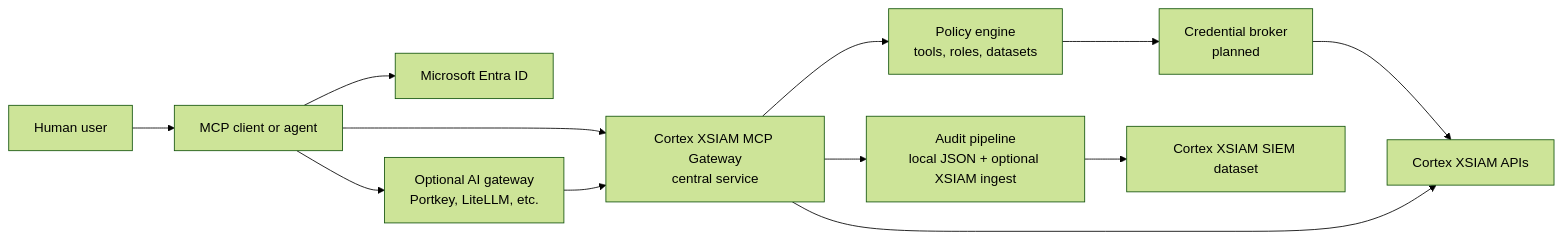
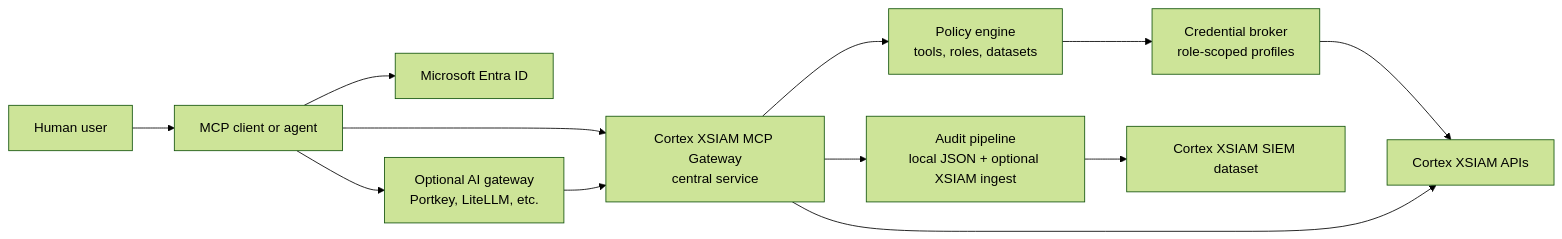
One commit to ciaran-finnegan/cortex-xsiam-mcp-gateway changed the first of 2 diagrams in README.md. Above: the diagram before and after it, drawn with Mermaid (forest theme). The commit also changed other lines of this file and 32 other files, not shown here.

````diff
--- a/README.md
+++ b/README.md
@@ -68,25 +72,25 @@
 ```mermaid
 flowchart LR
   User["Human user"]
   Client["MCP client or agent"]
   Entra["Microsoft Entra ID"]
   Gateway["Optional AI gateway<br/>Portkey, LiteLLM, etc."]
   MCP["Cortex XSIAM MCP Gateway<br/>central service"]
   Policy["Policy engine<br/>tools, roles, datasets"]
   Audit["Audit pipeline<br/>local JSON + optional XSIAM ingest"]
-  Broker["Credential broker<br/>planned"]
+  Broker["Credential broker<br/>role-scoped profiles"]
   XSIAM["Cortex XSIAM APIs"]
   SIEM["Cortex XSIAM SIEM dataset"]
 
   User --> Client
   Client --> Entra
   Client --> Gateway
   Client --> MCP
   Gateway --> MCP
   MCP --> Policy
   MCP --> Audit
   Audit --> SIEM
   Policy --> Broker
   Broker --> XSIAM
   MCP --> XSIAM
 ```
````
